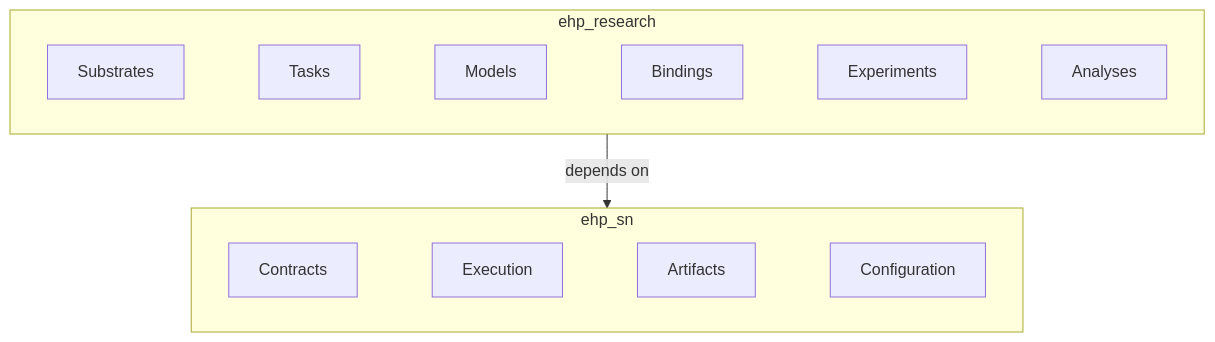
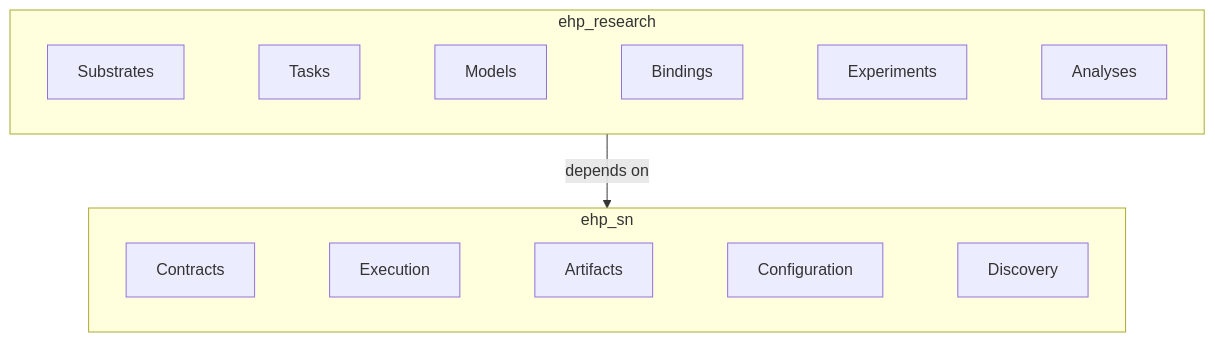
One commit to BorjaEst/ehp-sn changed the diagram in README.md. Above: the diagram before and after it, drawn with Mermaid. The commit also changed other lines of this file and 23 other files, not shown here.

````diff
--- a/README.md
+++ b/README.md
@@ -181,10 +157,21 @@
 ```mermaid
 flowchart TB
     subgraph Framework["ehp_sn"]
-        contracts["Contracts"] ~~~ execution["Execution"] ~~~ artifacts["Artifacts"] ~~~ config["Configuration"]
+        contracts["Contracts"] ~~~
+        execution["Execution"] ~~~
+        artifacts["Artifacts"] ~~~
+        config["Configuration"]~~~
+        discovery["Discovery"]
     end
+
     subgraph Research["ehp_research"]
-        substrates["Substrates"] ~~~ tasks["Tasks"] ~~~ models["Models"] ~~~ bindings["Bindings"] ~~~ experiments["Experiments"] ~~~ analyses["Analyses"]
+        substrates["Substrates"] ~~~
+        tasks["Tasks"] ~~~
+        models["Models"] ~~~
+        bindings["Bindings"] ~~~
+        experiments["Experiments"] ~~~
+        analyses["Analyses"]
     end
+
     Research -->|depends on| Framework
 ```
````
